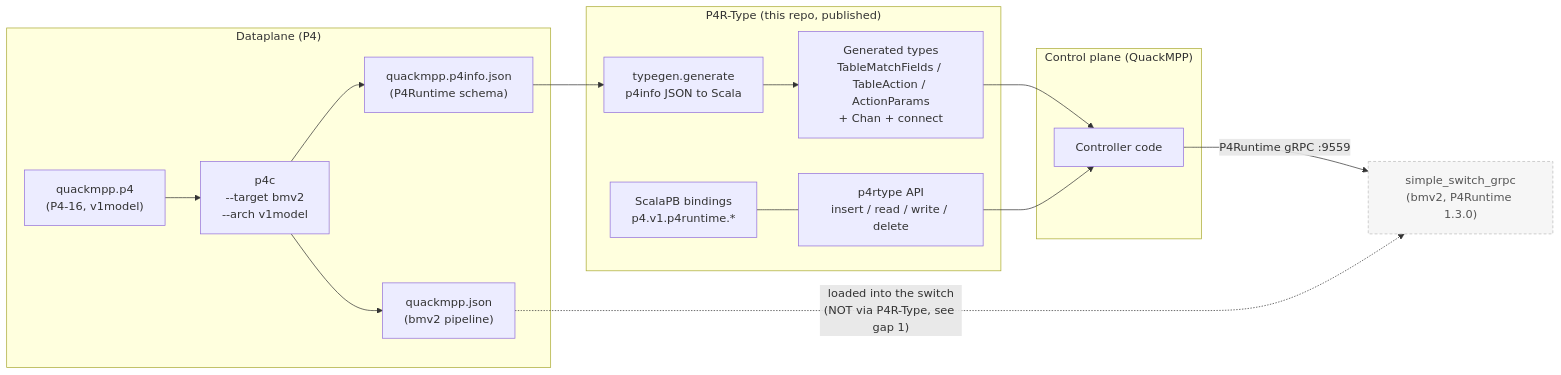
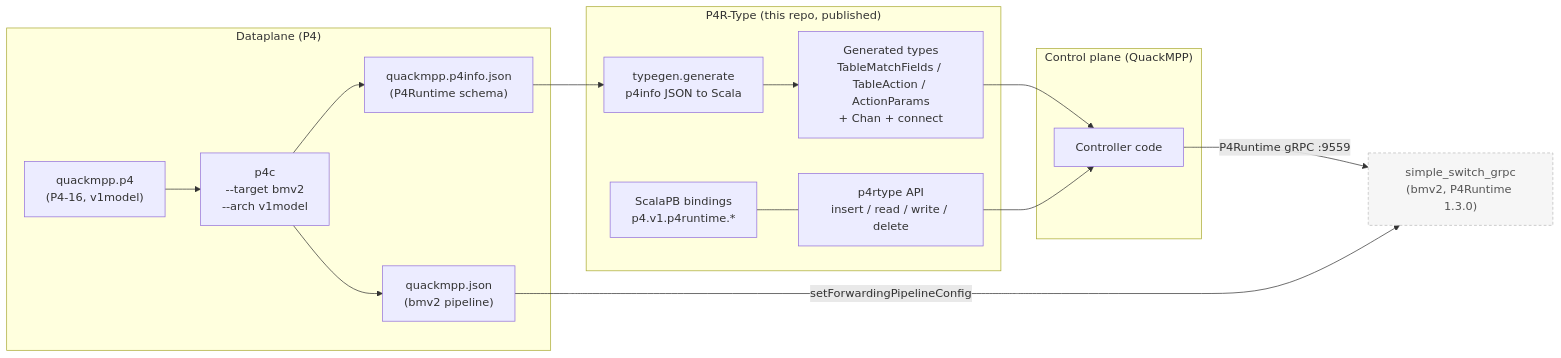
Before and after one commit to oluies/P4R-Type: the first of 4 diagrams in ARCHITECTURE.md, drawn with Mermaid. The commit also changed other lines of this file and 4 other files, not shown here.

````diff
--- a/ARCHITECTURE.md
+++ b/ARCHITECTURE.md
@@ -14,35 +14,35 @@
 ```mermaid
 graph LR
   subgraph Dataplane["Dataplane (P4)"]
     p4src["quackmpp.p4<br/>(P4-16, v1model)"]
     p4c["p4c<br/>--target bmv2<br/>--arch v1model"]
     bmjson["quackmpp.json<br/>(bmv2 pipeline)"]
     p4info["quackmpp.p4info.json<br/>(P4Runtime schema)"]
   end
 
   subgraph Library["P4R-Type (this repo, published)"]
     typegen["typegen.generate<br/>p4info JSON to Scala"]
     gentypes["Generated types<br/>TableMatchFields / TableAction / ActionParams<br/>+ Chan + connect"]
     api["p4rtype API<br/>insert / read / write / delete"]
     pb["ScalaPB bindings<br/>p4.v1.p4runtime.*"]
   end
 
   subgraph Control["Control plane (QuackMPP)"]
     ctrl["Controller code"]
   end
 
   switch["simple_switch_grpc<br/>(bmv2, P4Runtime 1.3.0)"]:::ext
 
   p4src --> p4c
   p4c --> bmjson
   p4c --> p4info
   p4info --> typegen
   typegen --> gentypes
   gentypes --> ctrl
   api --> ctrl
   ctrl -->|"P4Runtime gRPC :9559"| switch
-  bmjson -.->|"loaded into the switch<br/>(NOT via P4R-Type, see gap 1)"| switch
+  bmjson -->|"setForwardingPipelineConfig"| switch
   pb --- api
 
   classDef ext fill:#f6f6f6,stroke:#bbb,stroke-dasharray:4 3,color:#555;
 ```
````
